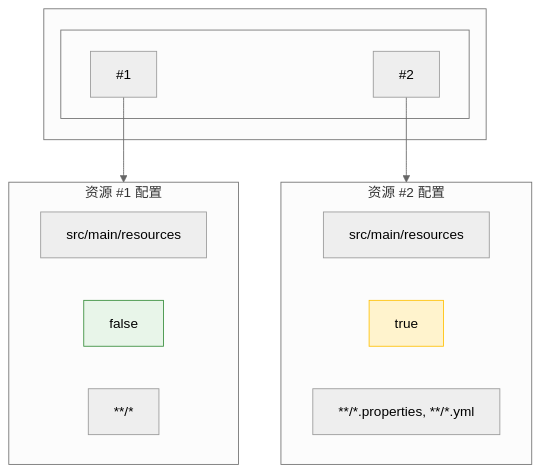
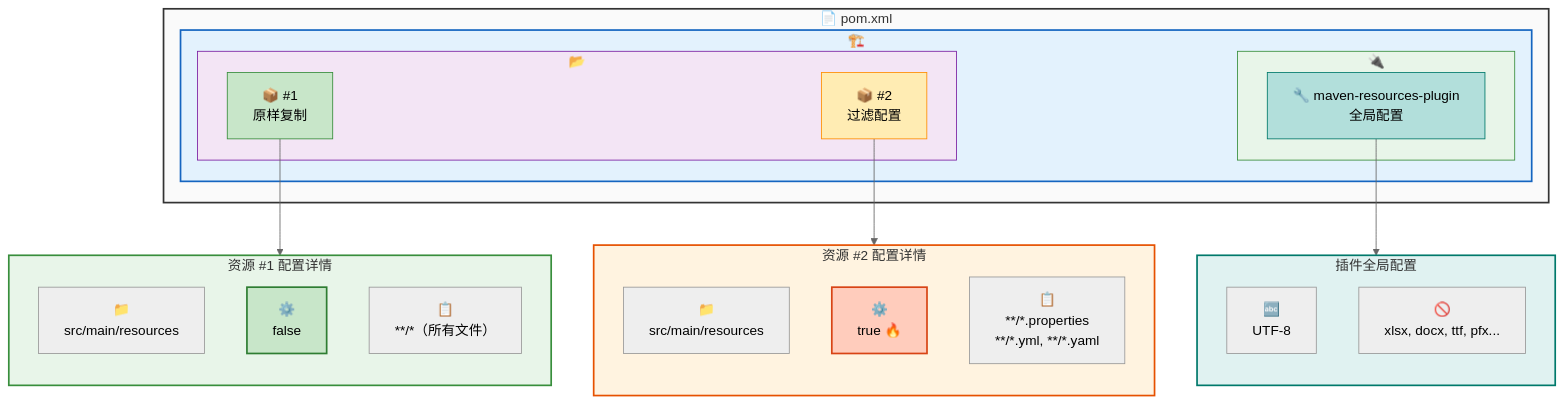
The third of 3 diagrams in docs/posts/maven/maven-resource-filtering-binary-corruption.md (kunge2013/kunge2013.github.io), drawn with Mermaid (neutral theme) before and after one commit. The commit also changed other lines of this file, not shown here.

First line of the commit message:
style: 美化 Maven 资源过滤文章的三个流程图

````diff
--- a/docs/posts/maven/maven-resource-filtering-binary-corruption.md
+++ b/docs/posts/maven/maven-resource-filtering-binary-corruption.md
@@ -417,27 +495,51 @@
 ```mermaid
 flowchart TB
-    subgraph BUILD["<build>"]
-        subgraph RESOURCES["<resources>"]
-            R1["<resource> #1"]
-            R2["<resource> #2"]
+    subgraph POM["📄 pom.xml"]
+        subgraph BUILD_TAG["🏗️ <build>"]
+            subgraph RESOURCES_TAG["📂 <resources>"]
+                R1["📦 <resource> #1<br/>原样复制"]
+                R2["📦 <resource> #2<br/>过滤配置"]
+            end
+            subgraph PLUGINS_TAG["🔌 <plugins>"]
+                PLUGIN["🔧 maven-resources-plugin<br/>全局配置"]
+            end
         end
     end
-    
-    subgraph R1_DETAIL["资源 #1 配置"]
-        D1["<directory>src/main/resources</directory>"]
-        F1["<filtering>false</filtering>"]
-        I1["<includes>**/*</includes>"]
+
+    subgraph R1_CONFIG["资源 #1 配置详情"]
+        direction TB
+        D1["📁 <directory><br/>src/main/resources"]
+        F1["⚙️ <filtering><br/>false"]
+        I1["📋 <includes><br/>**/*（所有文件）"]
     end
-    
-    subgraph R2_DETAIL["资源 #2 配置"]
-        D2["<directory>src/main/resources</directory>"]
-        F2["<filtering>true</filtering>"]
-        I2["<includes>**/*.properties, **/*.yml</includes>"]
+
+    subgraph R2_CONFIG["资源 #2 配置详情"]
+        direction TB
+        D2["📁 <directory><br/>src/main/resources"]
+        F2["⚙️ <filtering><br/>true 🔥"]
+        I2["📋 <includes><br/>**/*.properties<br/>**/*.yml, **/*.yaml"]
     end
-    
-    R1 --> R1_DETAIL
-    R2 --> R2_DETAIL
-    
-    style F1 fill:#e8f5e9,stroke:#388e3c
-    style F2 fill:#fff3cd,stroke:#ffc107
+
+    subgraph PLUGIN_CONFIG["插件全局配置"]
+        direction TB
+        ENC["🔤 <encoding><br/>UTF-8"]
+        NFE["🚫 <nonFilteredFileExtensions><br/>xlsx, docx, ttf, pfx..."]
+    end
+
+    R1 --> R1_CONFIG
+    R2 --> R2_CONFIG
+    PLUGIN --> PLUGIN_CONFIG
+
+    style POM fill:#fafafa,stroke:#333,stroke-width:2px
+    style BUILD_TAG fill:#e3f2fd,stroke:#1565c0,stroke-width:2px
+    style RESOURCES_TAG fill:#f3e5f5,stroke:#7b1fa2,stroke-width:1px
+    style PLUGINS_TAG fill:#e8f5e9,stroke:#388e3c,stroke-width:1px
+    style R1_CONFIG fill:#e8f5e9,stroke:#388e3c,stroke-width:2px
+    style R2_CONFIG fill:#fff3e0,stroke:#e65100,stroke-width:2px
+    style PLUGIN_CONFIG fill:#e0f2f1,stroke:#00796b,stroke-width:2px
+    style F1 fill:#c8e6c9,stroke:#2e7d32,stroke-width:2px
+    style F2 fill:#ffccbc,stroke:#d84315,stroke-width:2px,color:#000
+    style R1 fill:#c8e6c9,stroke:#388e3c
+    style R2 fill:#ffecb3,stroke:#ff8f00
+    style PLUGIN fill:#b2dfdb,stroke:#00796b
 ```
````
